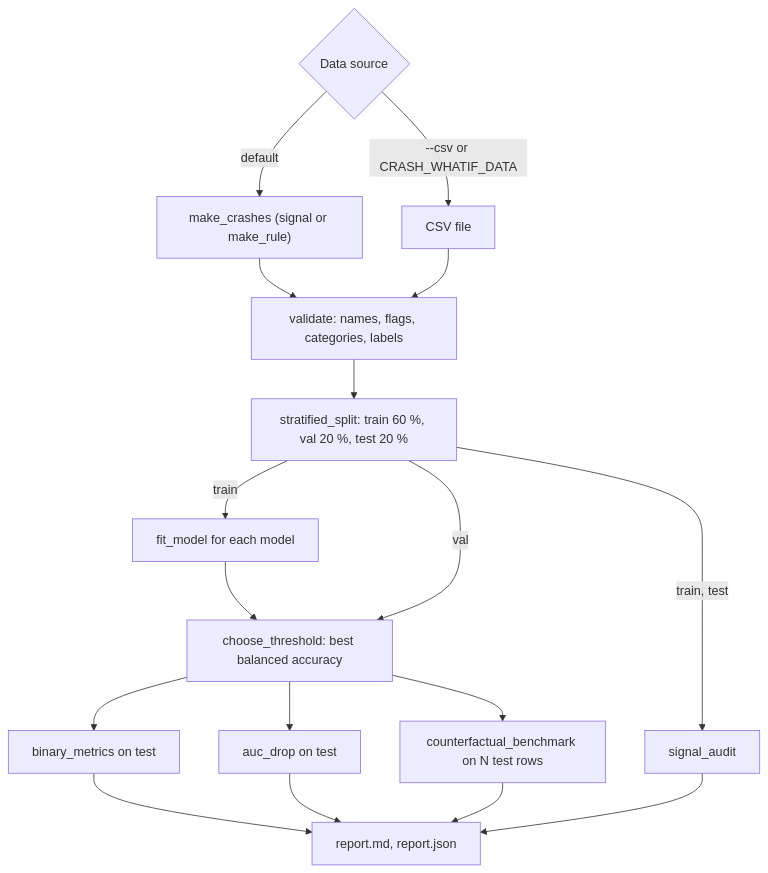
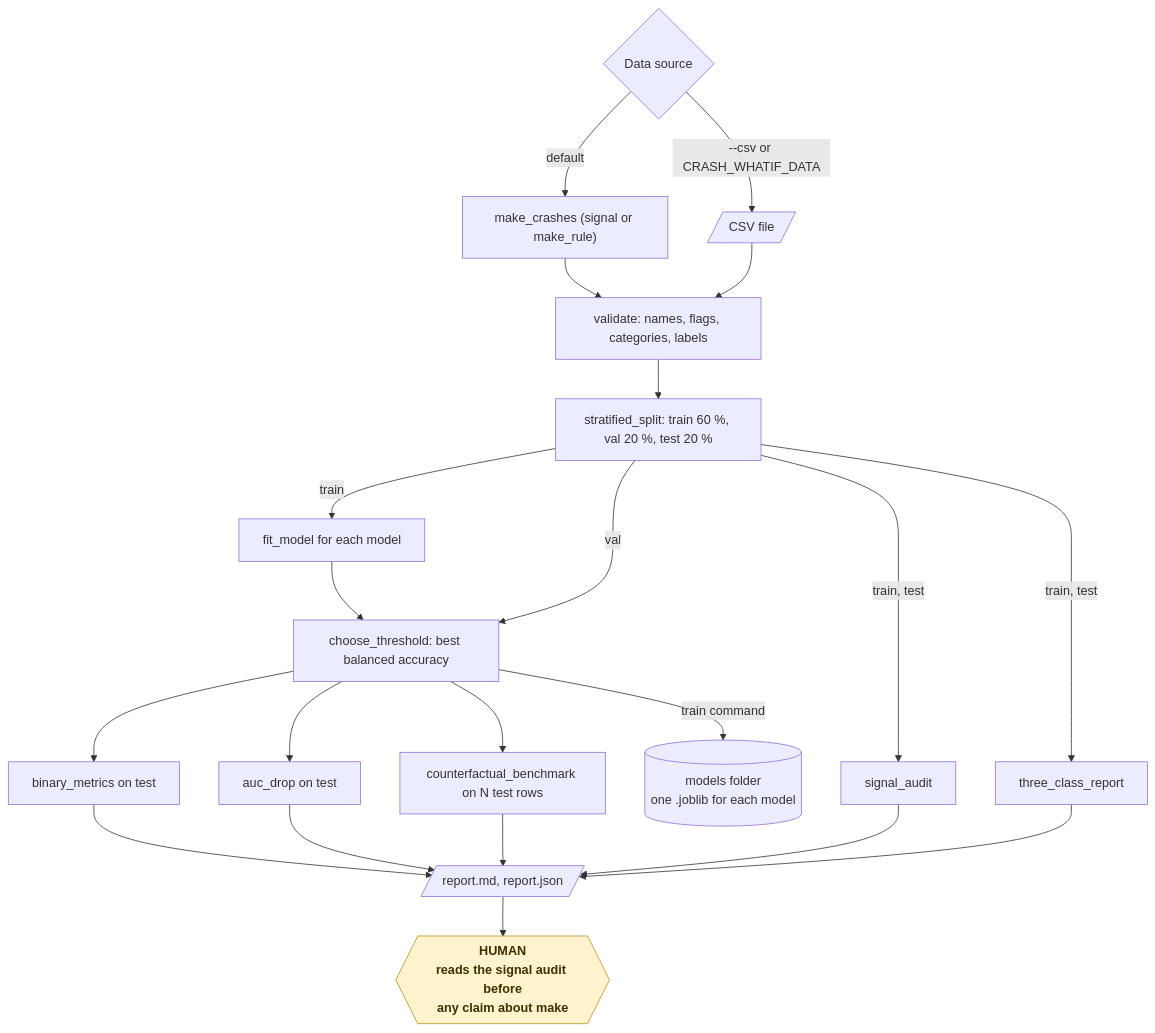
The fifth of 18 diagrams in README.md (KrishnaAnnavaram/crash-whatif), drawn with Mermaid before and after one commit.

Commit message:
Redraw the full flow diagram in the standard style

````diff
--- a/README.md
+++ b/README.md
@@ -273,19 +273,26 @@
 ```mermaid
-flowchart TB
+flowchart TD
     SRC{"Data source"} -- "default" --> SYN["make_crashes (signal or make_rule)"]
-    SRC -- "--csv or CRASH_WHATIF_DATA" --> CSV["CSV file"]
+    SRC -- "--csv or CRASH_WHATIF_DATA" --> CSV[/"CSV file"/]
     SYN --> VAL["validate: names, flags, categories, labels"]
     CSV --> VAL
     VAL --> SPLIT["stratified_split: train 60 %, val 20 %, test 20 %"]
     SPLIT -- "train" --> FIT["fit_model for each model"]
     SPLIT -- "val" --> THR["choose_threshold: best balanced accuracy"]
     FIT --> THR
     THR --> EVAL["binary_metrics on test"]
     SPLIT -- "train, test" --> AUD["signal_audit"]
+    SPLIT -- "train, test" --> TC["three_class_report"]
     THR --> IMP["auc_drop on test"]
     THR --> CF["counterfactual_benchmark on N test rows"]
-    EVAL --> REP["report.md, report.json"]
+    THR -- "train command" --> MOD[("models folder<br/>one .joblib for each model")]
+    EVAL --> REP[/"report.md, report.json"/]
     AUD --> REP
     IMP --> REP
     CF --> REP
+    TC --> REP
+    REP --> HUMAN{{"HUMAN<br/>reads the signal audit before<br/>any claim about make"}}
+
+    classDef human fill:#fff3cd,stroke:#b8901f,color:#3d2f00,font-weight:bold
+    class HUMAN human
 ```
````
